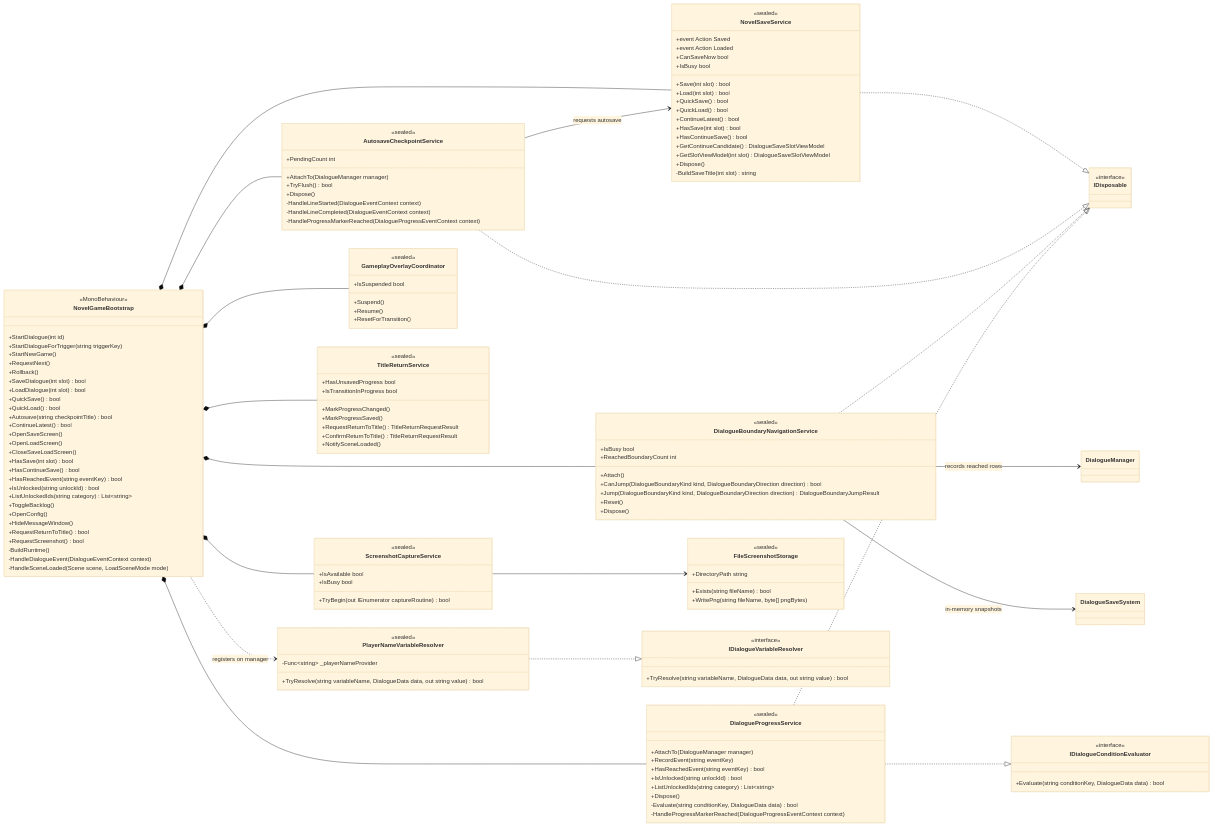
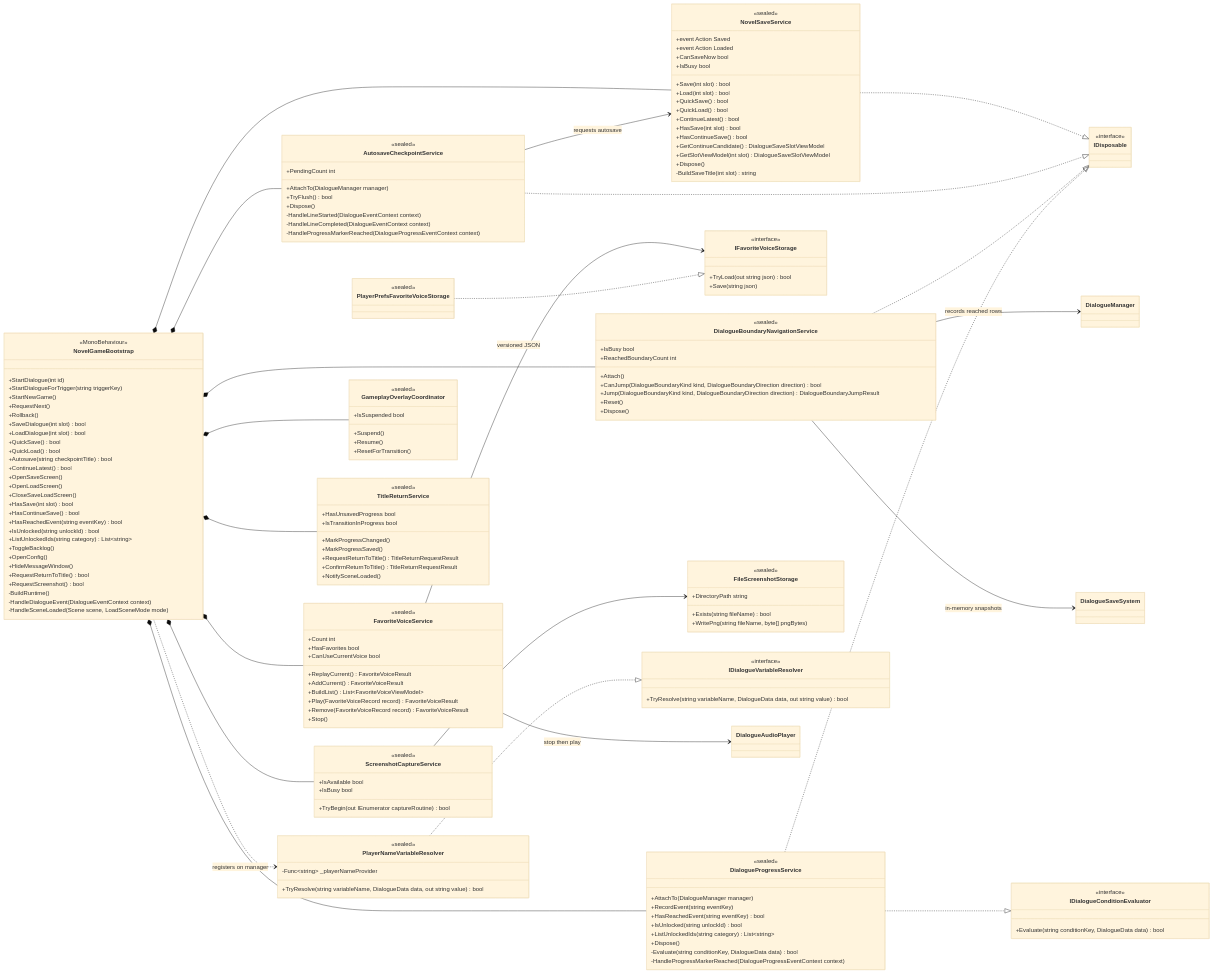
One commit to kkmia417/WhiteRoom changed the third of 5 diagrams in docs/architecture/class-diagram.md. Above: the diagram before and after it, drawn with Mermaid (base theme). The commit also changed other lines of this file and 16 other files, not shown here.

Commit message:
feat: add favorite voice replay and persistence (#63)

```diff
--- a/docs/architecture/class-diagram.md
+++ b/docs/architecture/class-diagram.md
@@ -233,6 +241,29 @@
         +Dispose()
     }
 
+    class FavoriteVoiceService {
+        <<sealed>>
+        +Count int
+        +HasFavorites bool
+        +CanUseCurrentVoice bool
+        +ReplayCurrent() FavoriteVoiceResult
+        +AddCurrent() FavoriteVoiceResult
+        +BuildList() List~FavoriteVoiceViewModel~
+        +Play(FavoriteVoiceRecord record) FavoriteVoiceResult
+        +Remove(FavoriteVoiceRecord record) FavoriteVoiceResult
+        +Stop()
+    }
+
+    class IFavoriteVoiceStorage {
+        <<interface>>
+        +TryLoad(out string json) bool
+        +Save(string json)
+    }
+
+    class PlayerPrefsFavoriteVoiceStorage {
+        <<sealed>>
+    }
+
     class DialogueProgressService {
         <<sealed>>
         +AttachTo(DialogueManager manager)
@@ -299,6 +330,7 @@
     NovelGameBootstrap *-- NovelSaveService
     NovelGameBootstrap *-- AutosaveCheckpointService
     NovelGameBootstrap *-- DialogueBoundaryNavigationService
+    NovelGameBootstrap *-- FavoriteVoiceService
     NovelGameBootstrap *-- DialogueProgressService
     NovelGameBootstrap *-- GameplayOverlayCoordinator
     NovelGameBootstrap *-- TitleReturnService
@@ -311,6 +343,9 @@
     DialogueBoundaryNavigationService --> DialogueManager : records reached rows
     DialogueBoundaryNavigationService --> DialogueSaveSystem : in-memory snapshots
     DialogueBoundaryNavigationService ..|> IDisposable
+    FavoriteVoiceService --> IFavoriteVoiceStorage : versioned JSON
+    PlayerPrefsFavoriteVoiceStorage ..|> IFavoriteVoiceStorage
+    FavoriteVoiceService --> DialogueAudioPlayer : stop then play
     DialogueProgressService ..|> IDisposable
     DialogueProgressService ..|> IDialogueConditionEvaluator
     PlayerNameVariableResolver ..|> IDialogueVariableResolver
```
